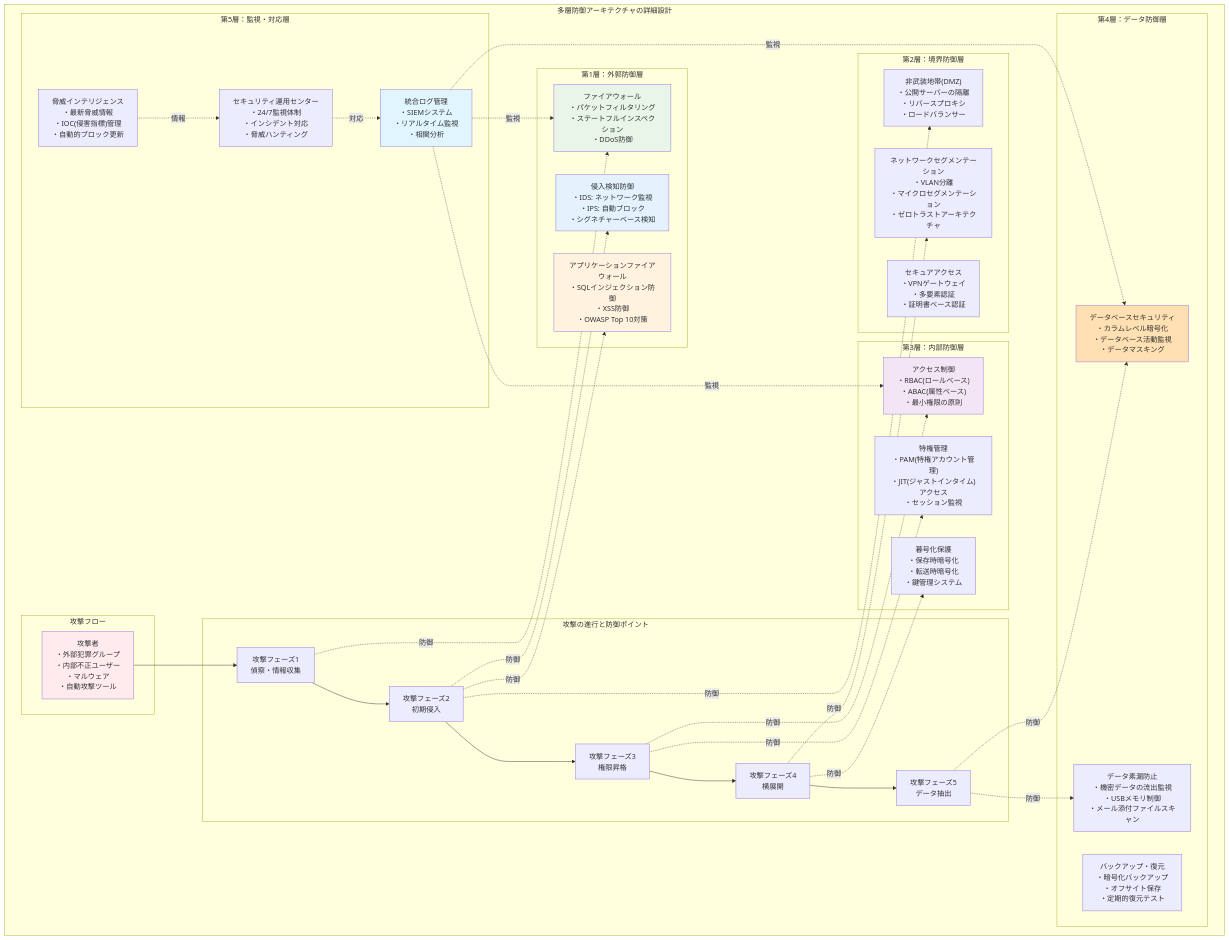
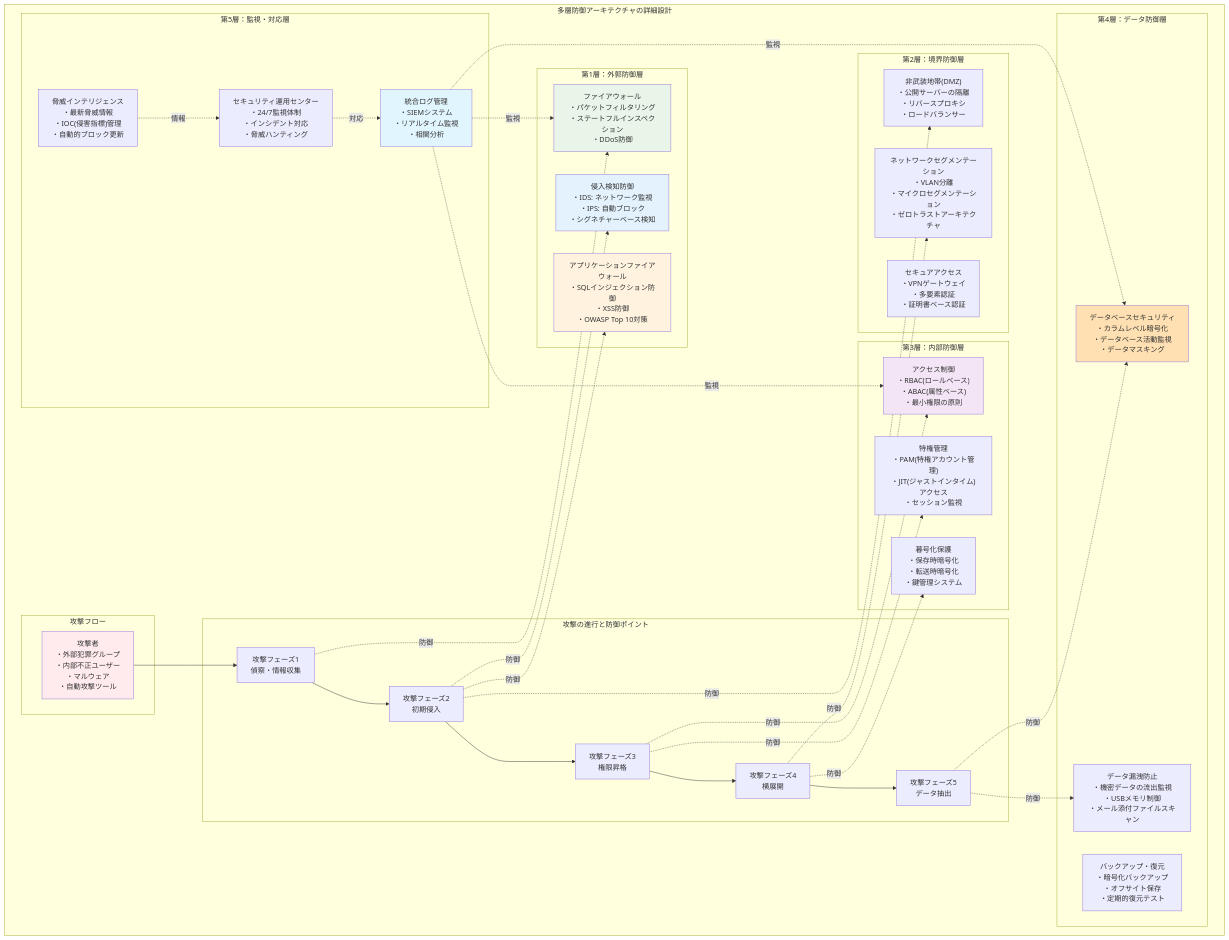
One commit to itdojp/it-infra-security-guide-book changed the first of 5 diagrams in src/chapter-chapter02/index.md. Above: the diagram before and after it, drawn with Mermaid.

````diff
--- a/src/chapter-chapter02/index.md
+++ b/src/chapter-chapter02/index.md
@@ -27,77 +27,77 @@
 ```mermaid
 graph TB
     subgraph "多層防御アーキテクチャの詳細設計"
         subgraph "攻撃フロー"
             Attacker["攻撃者<br/>・外部犯罪グループ<br/>・内部不正ユーザー<br/>・マルウェア<br/>・自動攻撃ツール"]
         end
         
         subgraph "第1層：外郭防御層"
             Firewall["ファイアウォール<br/>・パケットフィルタリング<br/>・ステートフルインスペクション<br/>・DDoS防御"]
             IDS_IPS["侵入検知防御<br/>・IDS: ネットワーク監視<br/>・IPS: 自動ブロック<br/>・シグネチャーベース検知"]
             WAF["アプリケーションファイアウォール<br/>・SQLインジェクション防御<br/>・XSS防御<br/>・OWASP Top 10対策"]
         end
         
         subgraph "第2層：境界防御層"
             DMZ["非武装地帯(DMZ)<br/>・公開サーバーの隔離<br/>・リバースプロキシ<br/>・ロードバランサー"]
             Segmentation["ネットワークセグメンテーション<br/>・VLAN分離<br/>・マイクロセグメンテーション<br/>・ゼロトラストアーキテクチャ"]
             VPN["セキュアアクセス<br/>・VPNゲートウェイ<br/>・多要素認証<br/>・証明書ベース認証"]
         end
         
         subgraph "第3層：内部防御層"
             AccessControl["アクセス制御<br/>・RBAC(ロールベース)<br/>・ABAC(属性ベース)<br/>・最小権限の原則"]
             PrivilegeManagement["特権管理<br/>・PAM(特権アカウント管理)<br/>・JIT(ジャストインタイム)アクセス<br/>・セッション監視"]
             Encryption["暮号化保護<br/>・保存時暗号化<br/>・転送時暗号化<br/>・鍵管理システム"]
         end
         
         subgraph "第4層：データ防御層"
             DatabaseSecurity["データベースセキュリティ<br/>・カラムレベル暗号化<br/>・データベース活動監視<br/>・データマスキング"]
             Backup["バックアップ・復元<br/>・暗号化バックアップ<br/>・オフサイト保存<br/>・定期的復元テスト"]
-            DLP["データ素漏防止<br/>・機密データの流出監視<br/>・USBメモリ制御<br/>・メール添付ファイルスキャン"]
+            DLP["データ漏洩防止<br/>・機密データの流出監視<br/>・USBメモリ制御<br/>・メール添付ファイルスキャン"]
         end
         
         subgraph "第5層：監視・対応層"
             SIEM["統合ログ管理<br/>・SIEMシステム<br/>・リアルタイム監視<br/>・相関分析"]
             SOC["セキュリティ運用センター<br/>・24/7監視体制<br/>・インシデント対応<br/>・脅威ハンティング"]
             ThreatIntel["脅威インテリジェンス<br/>・最新脅威情報<br/>・IOC(侵害指標)管理<br/>・自動的ブロック更新"]
         end
         
         subgraph "攻撃の進行と防御ポイント"
             Attack1["攻撃フェーズ1<br/>偵察・情報収集"]
             Attack2["攻撃フェーズ2<br/>初期侵入"]
             Attack3["攻撃フェーズ3<br/>権限昇格"]
             Attack4["攻撃フェーズ4<br/>横展開"]
             Attack5["攻撃フェーズ5<br/>データ抽出"]
         end
         
         Attacker --> Attack1
         Attack1 --> Attack2
         Attack2 --> Attack3
         Attack3 --> Attack4
         Attack4 --> Attack5
         
         Attack1 -.防御.-> Firewall
         Attack2 -.防御.-> IDS_IPS
         Attack2 -.防御.-> WAF
         Attack2 -.防御.-> DMZ
         Attack3 -.防御.-> AccessControl
         Attack3 -.防御.-> PrivilegeManagement
         Attack4 -.防御.-> Segmentation
         Attack4 -.防御.-> Encryption
         Attack5 -.防御.-> DatabaseSecurity
         Attack5 -.防御.-> DLP
         
         SIEM -.監視.-> Firewall
         SIEM -.監視.-> AccessControl
         SIEM -.監視.-> DatabaseSecurity
         SOC -.対応.-> SIEM
         ThreatIntel -.情報.-> SOC
     end
     
     style Attacker fill:#ffebee
     style Firewall fill:#e8f5e8
     style IDS_IPS fill:#e3f2fd
     style WAF fill:#fff3e0
     style AccessControl fill:#f3e5f5
     style DatabaseSecurity fill:#ffe0b2
     style SIEM fill:#e1f5fe
 ```
````
